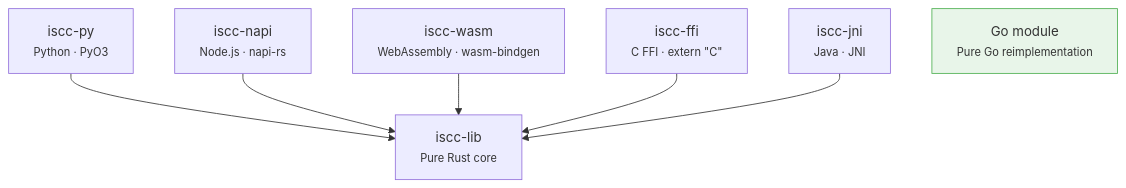
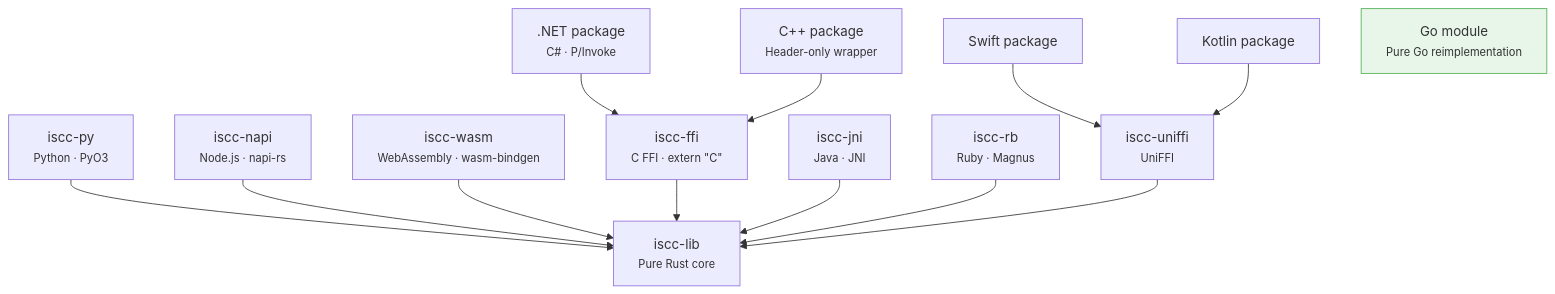
One commit to iscc/iscc-lib changed the diagram in docs/architecture.md. Above: the diagram before and after it, drawn with Mermaid. The commit also changed other lines of this file and 10 other files, not shown here.

````diff
--- a/docs/architecture.md
+++ b/docs/architecture.md
@@ -19,10 +19,16 @@
 ```mermaid
 graph TD
     PY["iscc-py<br/><small>Python · PyO3</small>"] --> CORE["iscc-lib<br/><small>Pure Rust core</small>"]
     NAPI["iscc-napi<br/><small>Node.js · napi-rs</small>"] --> CORE
     WASM["iscc-wasm<br/><small>WebAssembly · wasm-bindgen</small>"] --> CORE
     FFI["iscc-ffi<br/><small>C FFI · extern &quot;C&quot;</small>"] --> CORE
     JNI["iscc-jni<br/><small>Java · JNI</small>"] --> CORE
+    RB["iscc-rb<br/><small>Ruby · Magnus</small>"] --> CORE
+    UNIFFI["iscc-uniffi<br/><small>UniFFI</small>"] --> CORE
+    DOTNET[".NET package<br/><small>C# · P/Invoke</small>"] --> FFI
+    CPP["C++ package<br/><small>Header-only wrapper</small>"] --> FFI
+    SWIFT["Swift package"] --> UNIFFI
+    KOTLIN["Kotlin package"] --> UNIFFI
     GO["Go module<br/><small>Pure Go reimplementation</small>"]
     style GO fill:#e8f5e9,stroke:#4caf50
 ```
````
